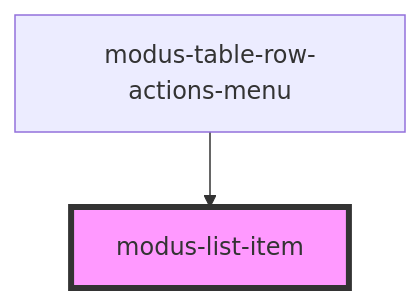
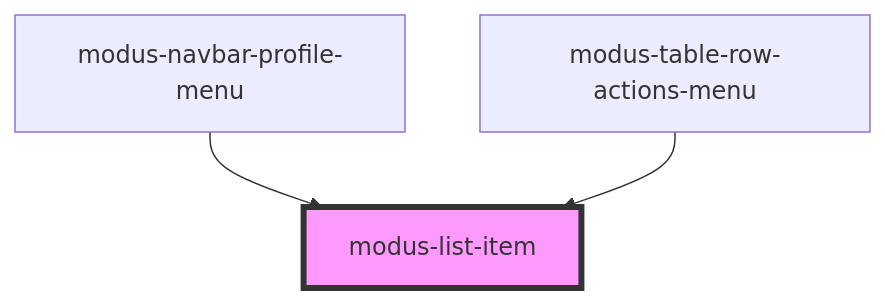
Before and after one commit to trimble-oss/modus-web-components: the diagram in stencil-workspace/src/components/modus-list-item/readme.md, drawn with Mermaid. The commit also changed other lines of this file and 19 other files, not shown here.

````diff
--- a/stencil-workspace/src/components/modus-list-item/readme.md
+++ b/stencil-workspace/src/components/modus-list-item/readme.md
@@ -45,5 +47,6 @@
 ```mermaid
 graph TD;
+  modus-navbar-profile-menu --> modus-list-item
   modus-table-row-actions-menu --> modus-list-item
   style modus-list-item fill:#f9f,stroke:#333,stroke-width:4px
 ```
````
